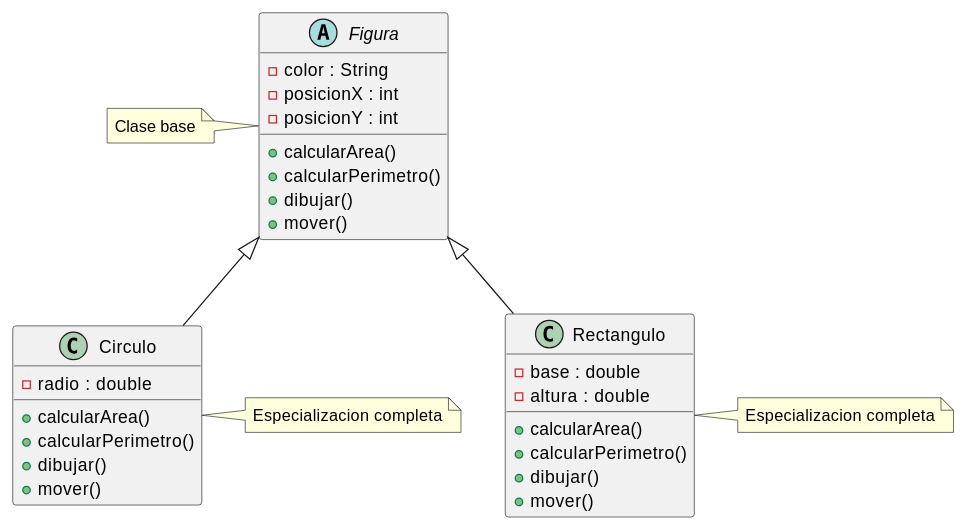
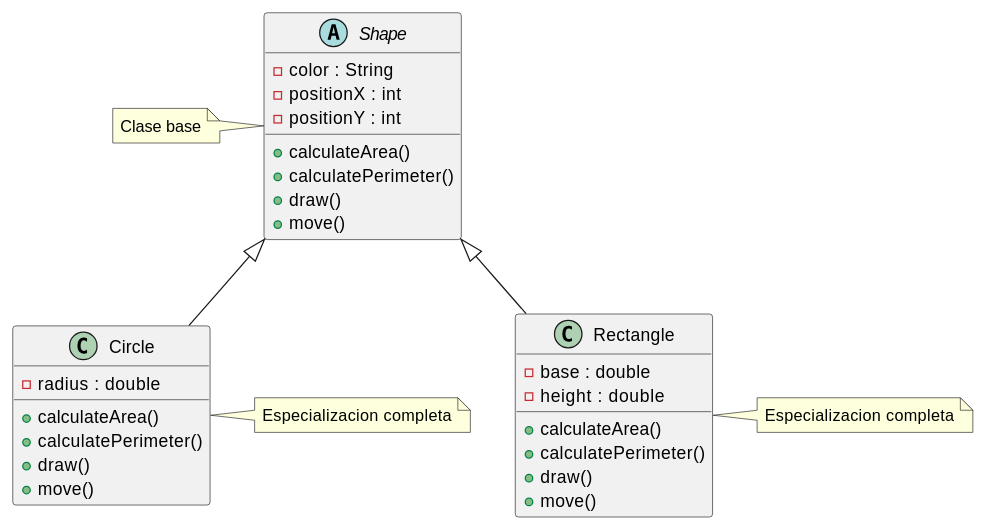
The diagram in source/requisitos/_metodologia-aplicacion/relaciones-uml/ejemplo-canonico-figuras-geometricas.rst (jcg-admin/IACT-docs), drawn with PlantUML before and after one commit. The commit also changed 16 other files, not shown here.

```diff
--- a/source/requisitos/_metodologia-aplicacion/relaciones-uml/ejemplo-canonico-figuras-geometricas.rst
+++ b/source/requisitos/_metodologia-aplicacion/relaciones-uml/ejemplo-canonico-figuras-geometricas.rst
@@ -4,38 +4,38 @@
 .. uml::
 
    @startuml
 
-   abstract class Figura {
+   abstract class Shape {
      - color : String
-     - posicionX : int
-     - posicionY : int
-     + calcularArea()
-     + calcularPerimetro()
-     + dibujar()
-     + mover()
+     - positionX : int
+     - positionY : int
+     + calculateArea()
+     + calculatePerimeter()
+     + draw()
+     + move()
    }
 
-   class Circulo {
-     - radio : double
-     + calcularArea()
-     + calcularPerimetro()
-     + dibujar()
-     + mover()
+   class Circle {
+     - radius : double
+     + calculateArea()
+     + calculatePerimeter()
+     + draw()
+     + move()
    }
 
-   class Rectangulo {
+   class Rectangle {
      - base : double
-     - altura : double
-     + calcularArea()
-     + calcularPerimetro()
-     + dibujar()
-     + mover()
+     - height : double
+     + calculateArea()
+     + calculatePerimeter()
+     + draw()
+     + move()
    }
 
-   Figura <|-- Circulo
-   Figura <|-- Rectangulo
+   Shape <|-- Circle
+   Shape <|-- Rectangle
 
-   note left of Figura : Clase base
-   note right of Circulo : Especializacion completa
-   note right of Rectangulo : Especializacion completa
+   note left of Shape : Clase base
+   note right of Circle : Especializacion completa
+   note right of Rectangle : Especializacion completa
    @enduml
```
